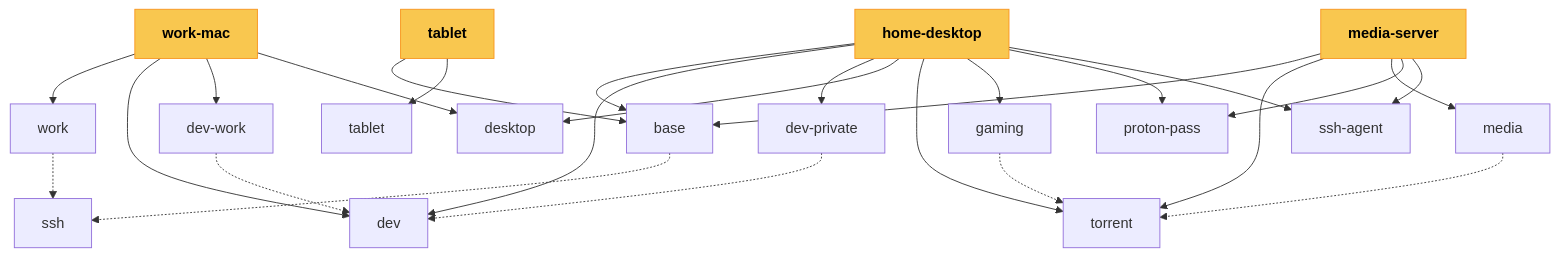
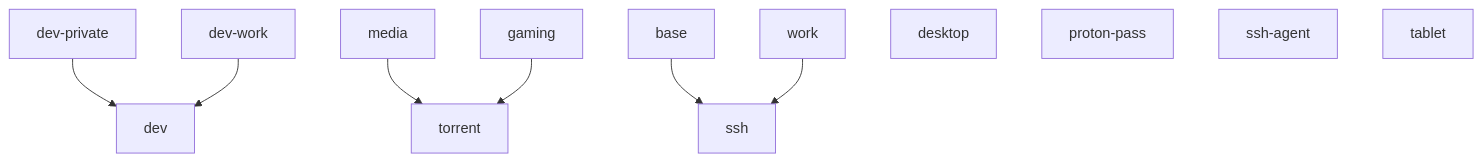
One commit to smpte11/dotfiles changed the diagram in README.md. Above: the diagram before and after it, drawn with Mermaid. The commit also changed 1 other file, not shown here.

Commit message:
docs: drop the machine meta modules from the dependency diagram

````diff
--- a/README.md
+++ b/README.md
@@ -35,36 +35,13 @@
 ```mermaid
 graph TD
-    WM[work-mac]:::meta
-    HD[home-desktop]:::meta
-    MS[media-server]:::meta
-    TB[tablet]:::meta
-
-    WM --> work
-    WM --> dev
-    WM --> dev-work
-    WM --> desktop
-    HD --> base
-    HD --> dev
-    HD --> dev-private
-    HD --> desktop
-    HD --> torrent
-    HD --> gaming
-    HD --> proton-pass
-    HD --> ssh-agent
-    MS --> base
-    MS --> torrent
-    MS --> media
-    MS --> proton-pass
-    MS --> ssh-agent
-    TB --> base
-    TB --> tablet
-
-    dev-private -.-> dev
-    dev-work -.-> dev
-    media -.-> torrent
-    gaming -.-> torrent
-    base -.-> ssh
-    work -.-> ssh
-
-    classDef meta fill:#f9c74f,stroke:#f8961e,color:#000,font-weight:bold
+    dev-private --> dev
+    dev-work --> dev
+    media --> torrent
+    gaming --> torrent
+    base --> ssh
+    work --> ssh
+    desktop
+    proton-pass
+    ssh-agent
+    tablet
 ```
````
